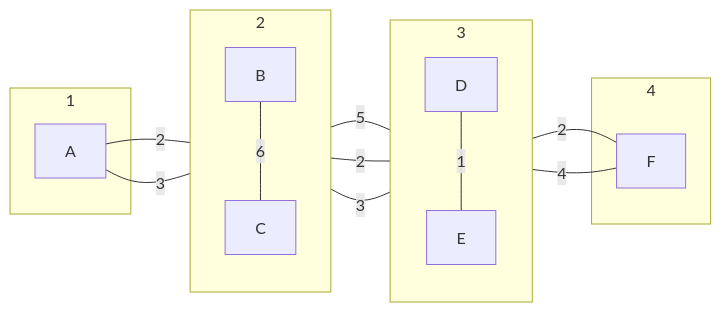
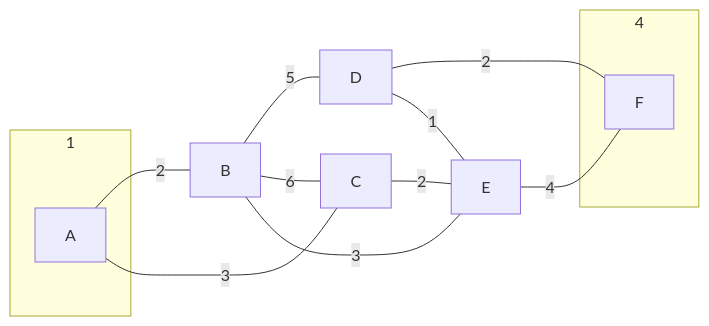
The sixth of 6 diagrams in 2. Letnik/Podatkovne strukture in algoritmi/vaje 12-1-2022.md (Tiggax/Zapiski), drawn with Mermaid before and after one commit. The commit also changed other lines of this file, not shown here.

Commit message:
flyingarchie backup: 2022-01-12 16:56:33

````diff
--- a/2. Letnik/Podatkovne strukture in algoritmi/vaje 12-1-2022.md
+++ b/2. Letnik/Podatkovne strukture in algoritmi/vaje 12-1-2022.md
@@ -145,24 +145,14 @@
 ```mermaid
-graph LR
+flowchart LR
 subgraph 1
 A
-end
-subgraph 2
-direction TB
-B
-C
-end
-subgraph 3
-direction TB
-D
-E
 end
 subgraph 4
 F
 end
 A-- 2 ---B-- 5 ---D-- 2 ---F
 A-- 3 ---C-- 2 ---E-- 4 ---F
 B-- 6 ---C
 B-- 3 ---E
 D-- 1 ---E
 ```
````
